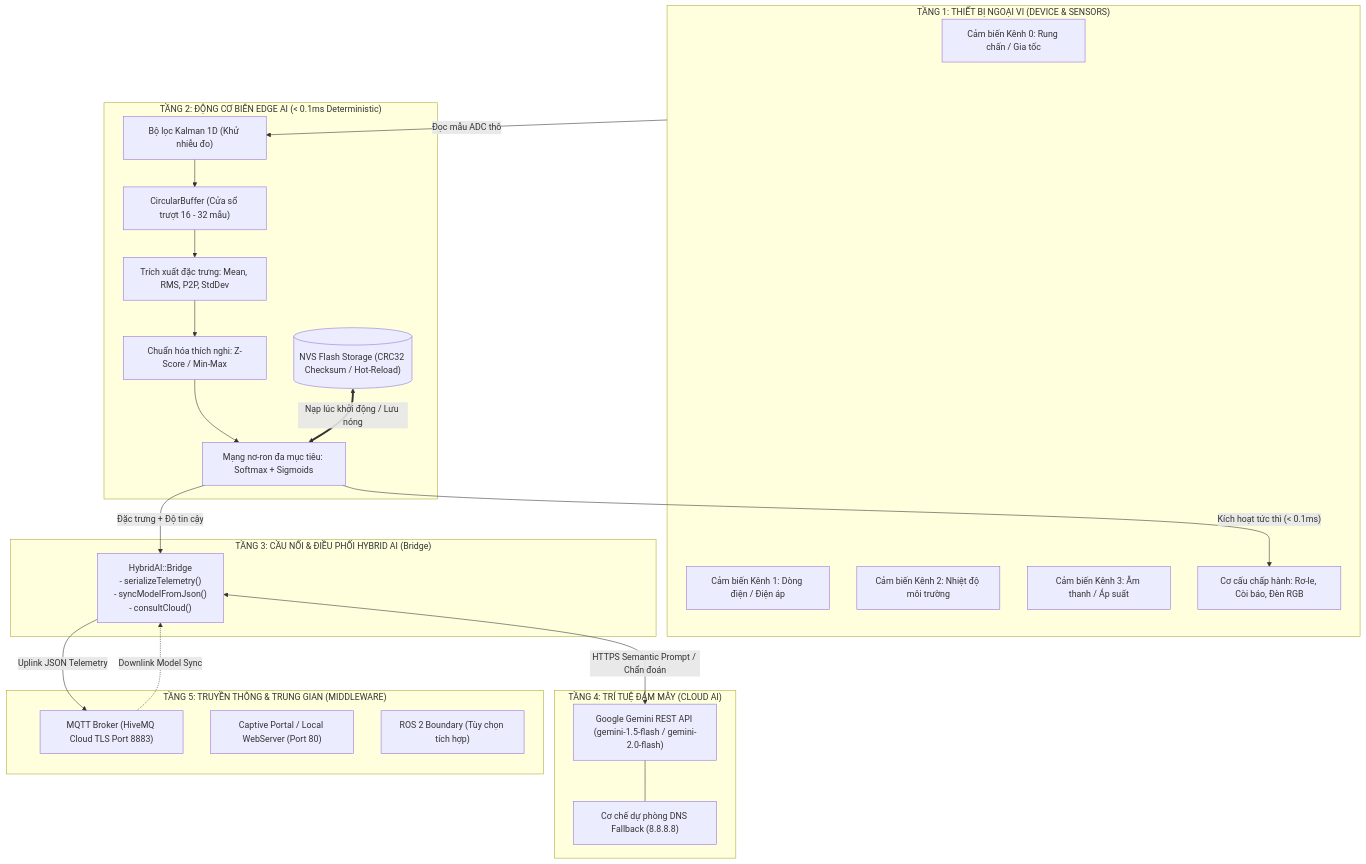
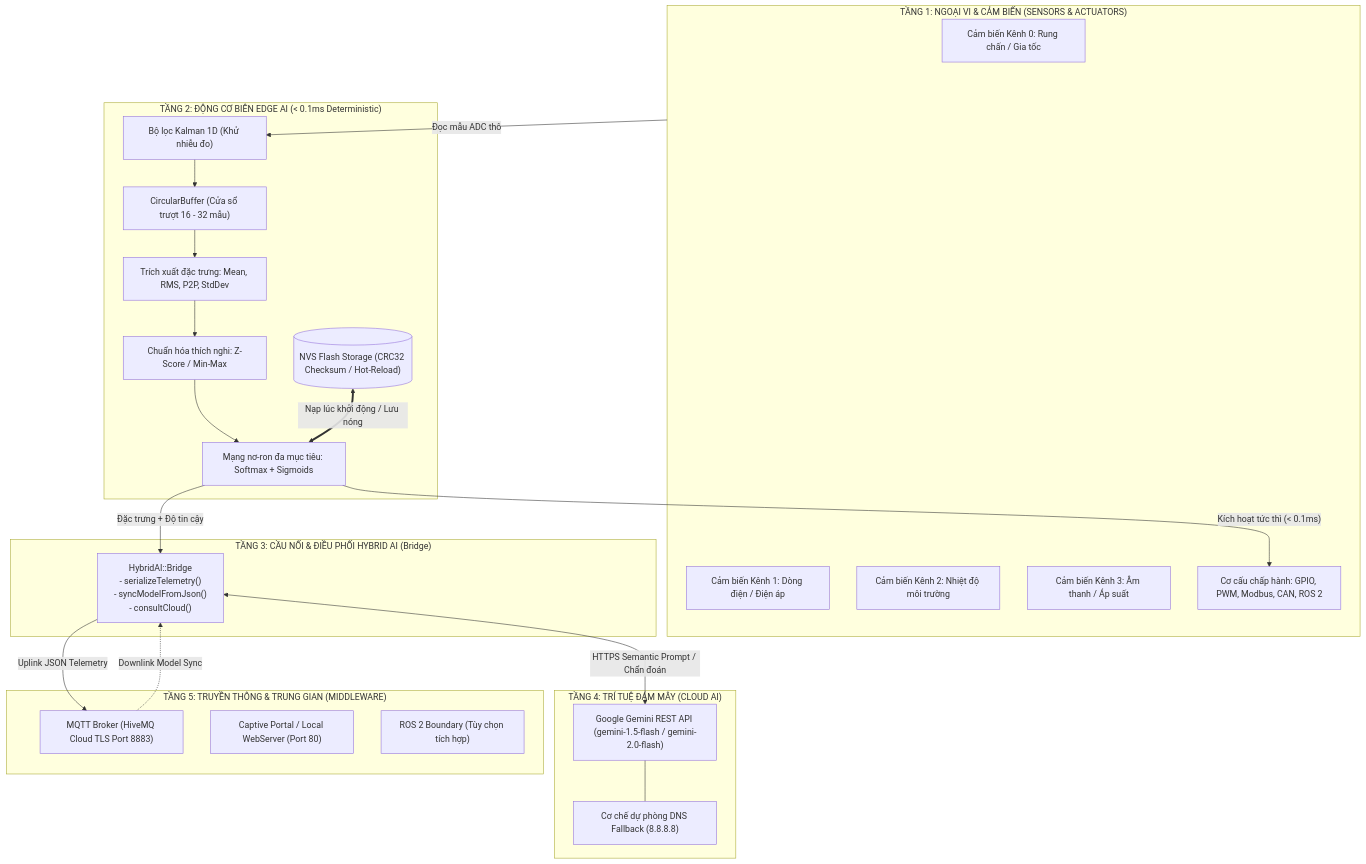
One commit to ThangNguyen2106-dash/AIoT_DEVERLOPMENT changed the first of 2 diagrams in HYBRID_AI_V2_ARCHITECTURE.md. Above: the diagram before and after it, drawn with Mermaid. The commit also changed other lines of this file and 11 other files, not shown here.

````diff
--- a/HYBRID_AI_V2_ARCHITECTURE.md
+++ b/HYBRID_AI_V2_ARCHITECTURE.md
@@ -28,45 +28,45 @@
 ```mermaid
 flowchart TD
-    subgraph L1["TẦNG 1: THIẾT BỊ NGOẠI VI (DEVICE & SENSORS)"]
+    subgraph L1["TẦNG 1: NGOẠI VI & CẢM BIẾN (SENSORS & ACTUATORS)"]
         S0["Cảm biến Kênh 0: Rung chấn / Gia tốc"]
         S1["Cảm biến Kênh 1: Dòng điện / Điện áp"]
         S2["Cảm biến Kênh 2: Nhiệt độ môi trường"]
         S3["Cảm biến Kênh 3: Âm thanh / Áp suất"]
-        ACT["Cơ cấu chấp hành: Rơ-le, Còi báo, Đèn RGB"]
+        ACT["Cơ cấu chấp hành: GPIO, PWM, Modbus, CAN, ROS 2"]
     end
 
     subgraph L2["TẦNG 2: ĐỘNG CƠ BIÊN EDGE AI (< 0.1ms Deterministic)"]
         Kalman["Bộ lọc Kalman 1D (Khử nhiễu đo)"]
         Buf["CircularBuffer (Cửa sổ trượt 16 - 32 mẫu)"]
         Feat["Trích xuất đặc trưng: Mean, RMS, P2P, StdDev"]
         Norm["Chuẩn hóa thích nghi: Z-Score / Min-Max"]
         Engine["Mạng nơ-ron đa mục tiêu: Softmax + Sigmoids"]
         NVS[("NVS Flash Storage (CRC32 Checksum / Hot-Reload)")]
         
         Kalman --> Buf --> Feat --> Norm --> Engine
         NVS <==>|"Nạp lúc khởi động / Lưu nóng"| Engine
     end
 
     subgraph L3["TẦNG 3: CẦU NỐI & ĐIỀU PHỐI HYBRID AI (Bridge)"]
         Bridge["HybridAI::Bridge<br/>- serializeTelemetry()<br/>- syncModelFromJson()<br/>- consultCloud()"]
     end
 
     subgraph L4["TẦNG 4: TRÍ TUỆ ĐÁM MÂY (CLOUD AI)"]
         Gemini["Google Gemini REST API (gemini-1.5-flash / gemini-2.0-flash)"]
         DNS["Cơ chế dự phòng DNS Fallback (8.8.8.8)"]
         Gemini --- DNS
     end
 
     subgraph L5["TẦNG 5: TRUYỀN THÔNG & TRUNG GIAN (MIDDLEWARE)"]
         MQTT["MQTT Broker (HiveMQ Cloud TLS Port 8883)"]
         HTTP["Captive Portal / Local WebServer (Port 80)"]
         ROS["ROS 2 Boundary (Tùy chọn tích hợp)"]
     end
 
     L1 -->|"Đọc mẫu ADC thô"| Kalman
     Engine -->|"Kích hoạt tức thì (< 0.1ms)"| ACT
     Engine -->|"Đặc trưng + Độ tin cậy"| Bridge
     Bridge -->|"Uplink JSON Telemetry"| MQTT
     MQTT -.->|"Downlink Model Sync"| Bridge
     Bridge <-->|"HTTPS Semantic Prompt / Chẩn đoán"| Gemini
 ```
````
